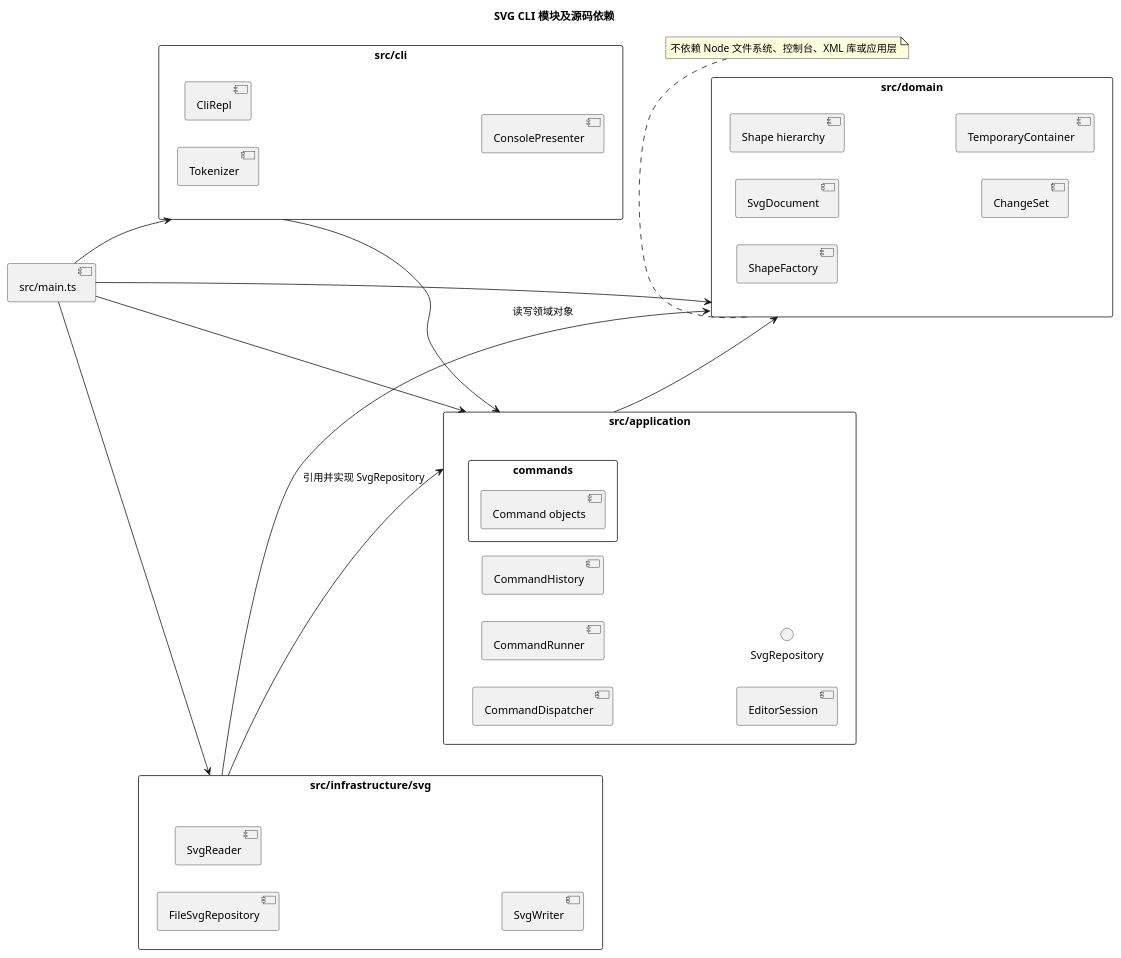
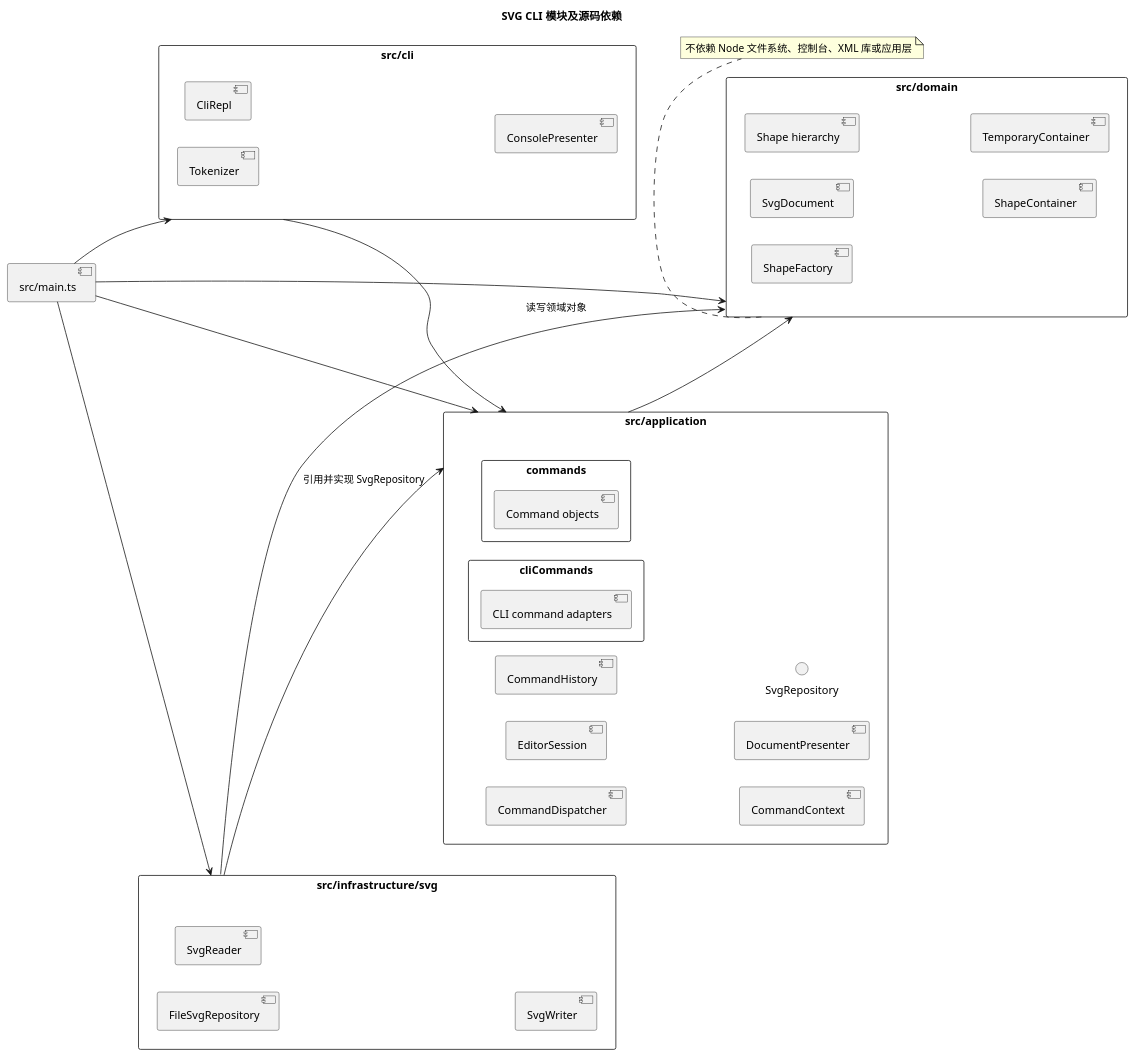
Before and after one commit to x-J-beta/svg-cli-command-core: the first of 3 diagrams in doc/README.md, drawn with PlantUML. The commit also changed other lines of this file and 5 other files, not shown here.

Commit message:
docs: document architecture and add flowchart examples

````diff
--- a/doc/README.md
+++ b/doc/README.md
@@ -26,49 +27,53 @@
 ```plantuml
 @startuml
 title SVG CLI 模块及源码依赖
 left to right direction
 skinparam packageStyle rectangle
 
 package "src/cli" as CLI {
   [CliRepl]
   [Tokenizer]
   [ConsolePresenter]
 }
 package "src/application" as APP {
   [CommandDispatcher]
-  [CommandRunner]
+  [EditorSession]
   [CommandHistory]
-  [EditorSession]
+  [CommandContext]
+  [DocumentPresenter]
   interface SvgRepository
   package "commands" {
     [Command objects]
+  }
+  package "cliCommands" {
+    [CLI command adapters]
   }
 }
 package "src/domain" as DOMAIN {
   [SvgDocument]
   [Shape hierarchy]
   [ShapeFactory]
-  [ChangeSet]
+  [ShapeContainer]
   [TemporaryContainer]
 }
 package "src/infrastructure/svg" as INFRA {
   [FileSvgRepository]
   [SvgReader]
   [SvgWriter]
 }
 component "src/main.ts" as MAIN
 
 MAIN --> CLI
 MAIN --> APP
 MAIN --> INFRA
 MAIN --> DOMAIN
 CLI --> APP
 APP --> DOMAIN
 INFRA --> APP : 引用并实现 SvgRepository
 INFRA --> DOMAIN : 读写领域对象
 
 note bottom of DOMAIN
 不依赖 Node 文件系统、控制台、XML 库或应用层
 end note
 @enduml
 ```
````
